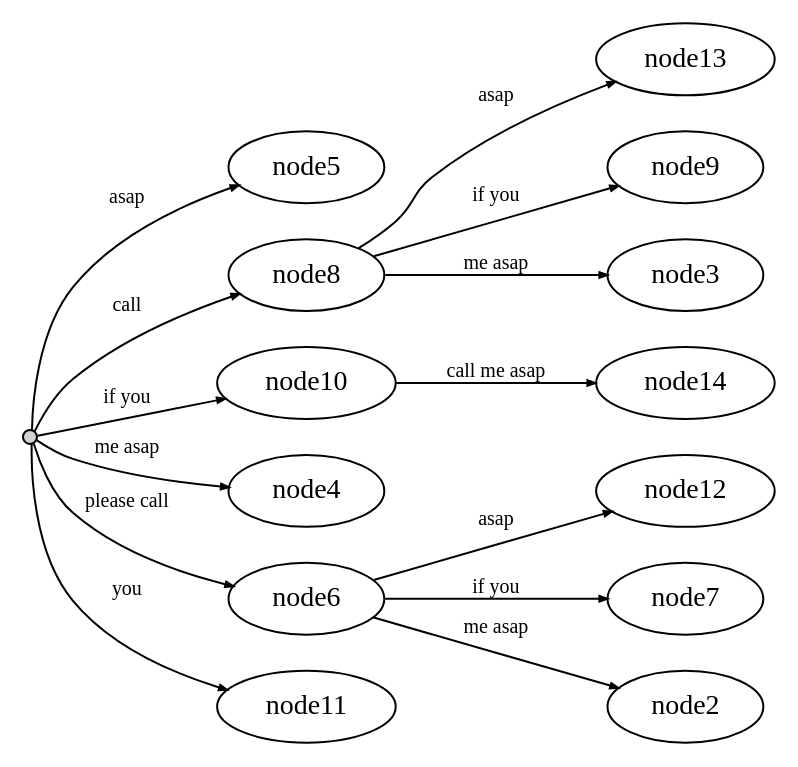
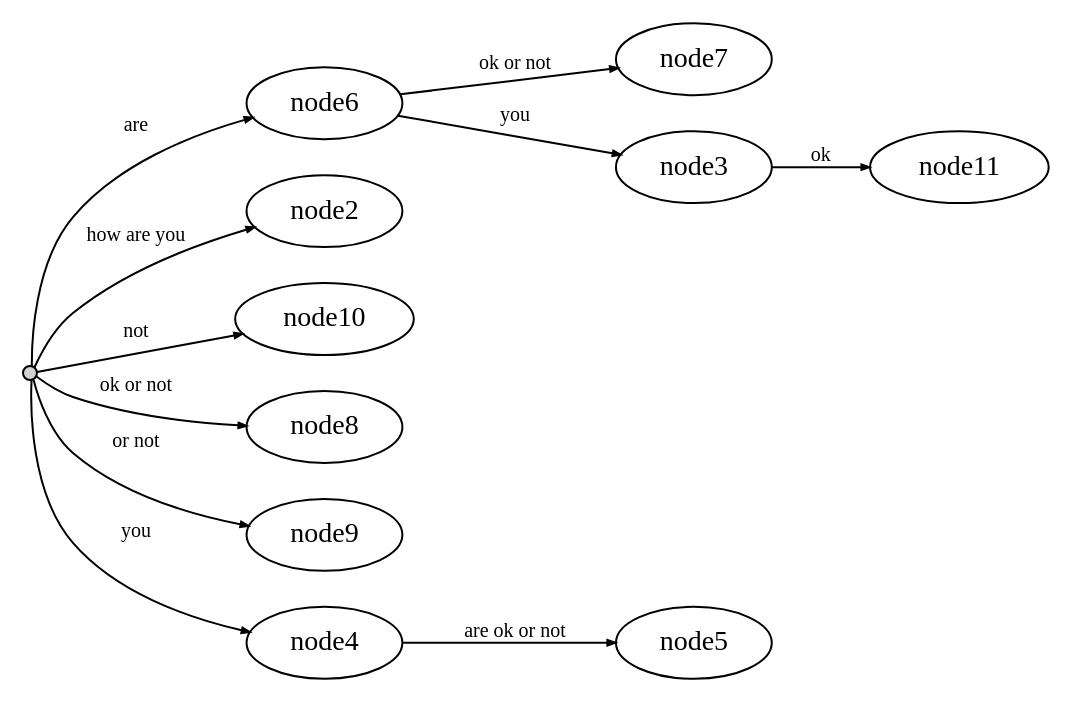
One commit to terenzio/ExtractionAlgorithm changed the diagram in PhraseSuffixTree_Terence/st.dot. Above: the diagram before and after it, drawn with Graphviz. The commit also changed 3 other files, not shown here.

```diff
--- a/PhraseSuffixTree_Terence/st.dot
+++ b/PhraseSuffixTree_Terence/st.dot
@@ -1,19 +1,16 @@
 digraph {
 	rankdir = LR;
 	edge [arrowsize=0.4,fontsize=10]
 	node1 [label="",style=filled,fillcolor=lightgrey,shape=circle,width=.1,height=.1];
 //------edges------
-	node1 -> node5 [label="asap",weight=3]
-	node1 -> node8 [label="call",weight=3]
-	node8 -> node13 [label="asap",weight=3]
-	node8 -> node9 [label="if you",weight=3]
-	node8 -> node3 [label="me asap",weight=3]
-	node1 -> node10 [label="if you",weight=3]
-	node10 -> node14 [label="call me asap",weight=3]
-	node1 -> node4 [label="me asap",weight=3]
-	node1 -> node6 [label="please call",weight=3]
-	node6 -> node12 [label="asap",weight=3]
-	node6 -> node7 [label="if you",weight=3]
-	node6 -> node2 [label="me asap",weight=3]
-	node1 -> node11 [label="you",weight=3]
+	node1 -> node6 [label="are",weight=3]
+	node6 -> node7 [label="ok or not",weight=3]
+	node6 -> node3 [label="you",weight=3]
+	node3 -> node11 [label="ok",weight=3]
+	node1 -> node2 [label="how are you",weight=3]
+	node1 -> node10 [label="not",weight=3]
+	node1 -> node8 [label="ok or not",weight=3]
+	node1 -> node9 [label="or not",weight=3]
+	node1 -> node4 [label="you",weight=3]
+	node4 -> node5 [label="are ok or not",weight=3]
 }
```
